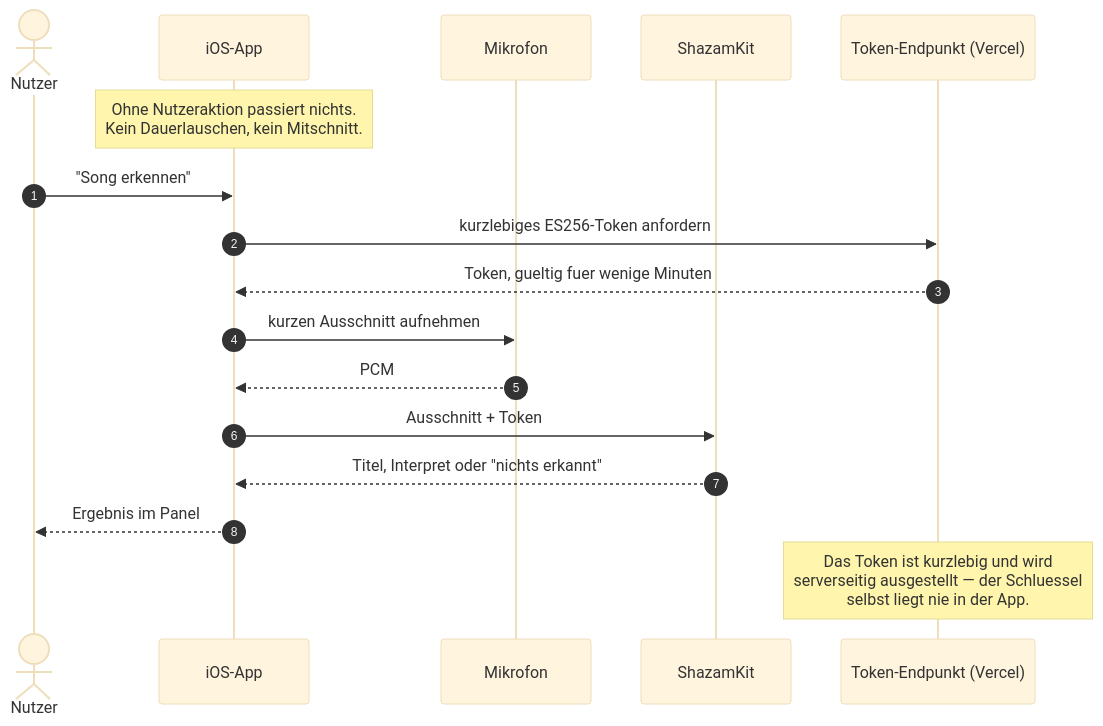
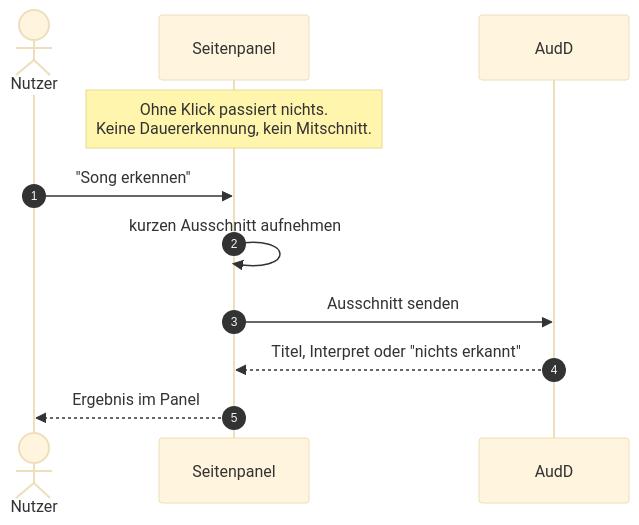
One commit to KikiKari/Projects changed the third of 4 diagrams in README.md. Above: the diagram before and after it, drawn with Mermaid (base theme). The commit also changed other lines of this file and 116 other files, not shown here.

````diff
--- a/README.md
+++ b/README.md
@@ -127,20 +123,14 @@
 ```mermaid
 sequenceDiagram
     autonumber
     actor N as Nutzer
-    participant A as iOS-App
-    participant M as Mikrofon
-    participant S as ShazamKit
-    participant T as Token-Endpunkt (Vercel)
+    participant P as Seitenpanel
+    participant A as AudD
 
-    Note over A: Ohne Nutzeraktion passiert nichts.<br/>Kein Dauerlauschen, kein Mitschnitt.
-    N->>A: "Song erkennen"
-    A->>T: kurzlebiges ES256-Token anfordern
-    T-->>A: Token, gueltig fuer wenige Minuten
-    A->>M: kurzen Ausschnitt aufnehmen
-    M-->>A: PCM
-    A->>S: Ausschnitt + Token
-    S-->>A: Titel, Interpret oder "nichts erkannt"
-    A-->>N: Ergebnis im Panel
-    Note over T: Das Token ist kurzlebig und wird<br/>serverseitig ausgestellt — der Schluessel<br/>selbst liegt nie in der App.
+    Note over P: Ohne Klick passiert nichts.<br/>Keine Dauererkennung, kein Mitschnitt.
+    N->>P: "Song erkennen"
+    P->>P: kurzen Ausschnitt aufnehmen
+    P->>A: Ausschnitt senden
+    A-->>P: Titel, Interpret oder "nichts erkannt"
+    P-->>N: Ergebnis im Panel
 ```
````
